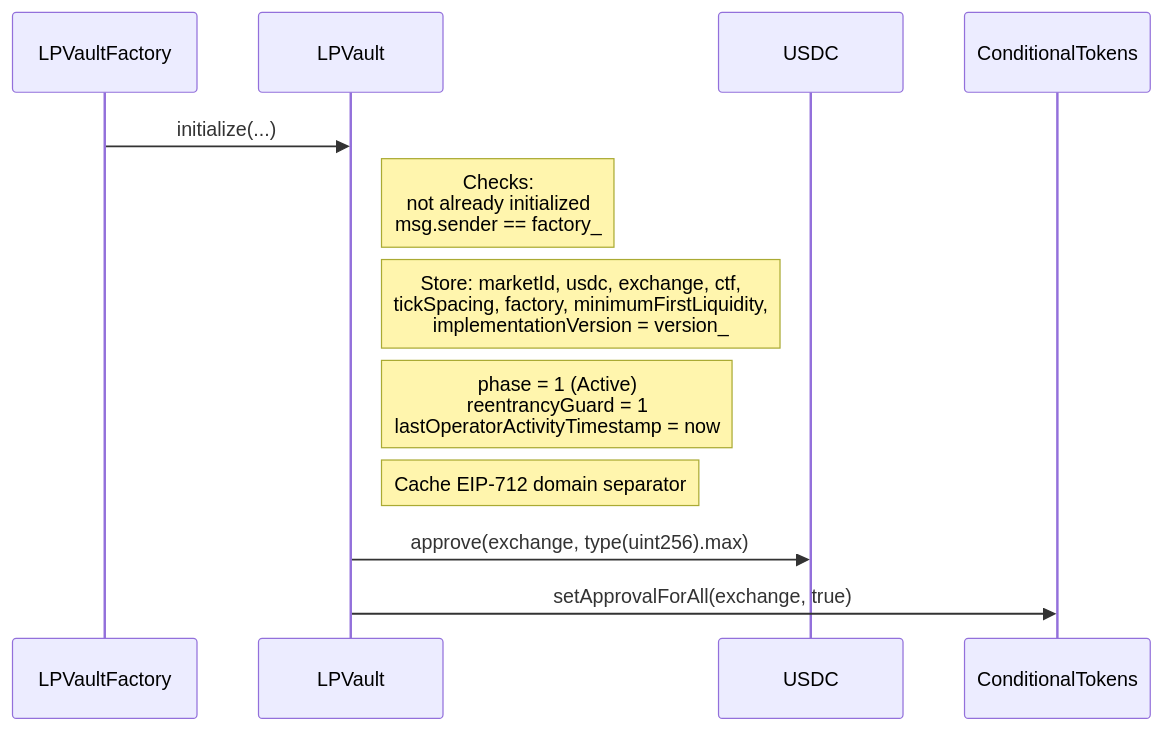
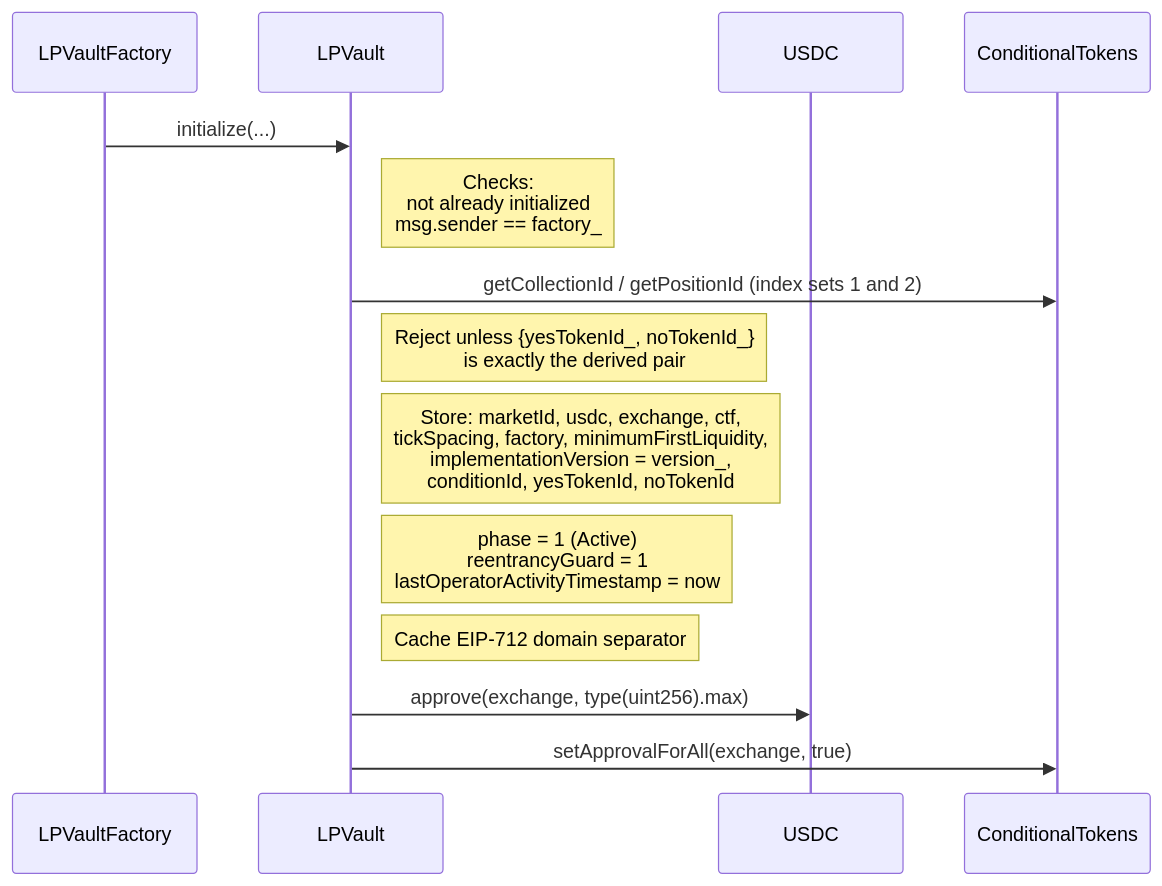
One commit to ProphetMarket/lp-vaults changed the third of 22 diagrams in REFERENCE.md. Above: the diagram before and after it, drawn with Mermaid. The commit also changed other lines of this file and 27 other files, not shown here.

````diff
--- a/REFERENCE.md
+++ b/REFERENCE.md
@@ -139,15 +158,17 @@
 ```mermaid
 sequenceDiagram
     participant Factory as LPVaultFactory
     participant Vault as LPVault
     participant USDC
     participant CT as ConditionalTokens
 
     Factory->>Vault: initialize(...)
     Note right of Vault: Checks:<br/>not already initialized<br/>msg.sender == factory_
-    Note right of Vault: Store: marketId, usdc, exchange, ctf,<br/>tickSpacing, factory, minimumFirstLiquidity,<br/>implementationVersion = version_
+    Vault->>CT: getCollectionId / getPositionId (index sets 1 and 2)
+    Note right of Vault: Reject unless {yesTokenId_, noTokenId_}<br/>is exactly the derived pair
+    Note right of Vault: Store: marketId, usdc, exchange, ctf,<br/>tickSpacing, factory, minimumFirstLiquidity,<br/>implementationVersion = version_,<br/>conditionId, yesTokenId, noTokenId
     Note right of Vault: phase = 1 (Active)<br/>reentrancyGuard = 1<br/>lastOperatorActivityTimestamp = now
     Note right of Vault: Cache EIP-712 domain separator
     Vault->>USDC: approve(exchange, type(uint256).max)
     Vault->>CT: setApprovalForAll(exchange, true)
 ```
````
